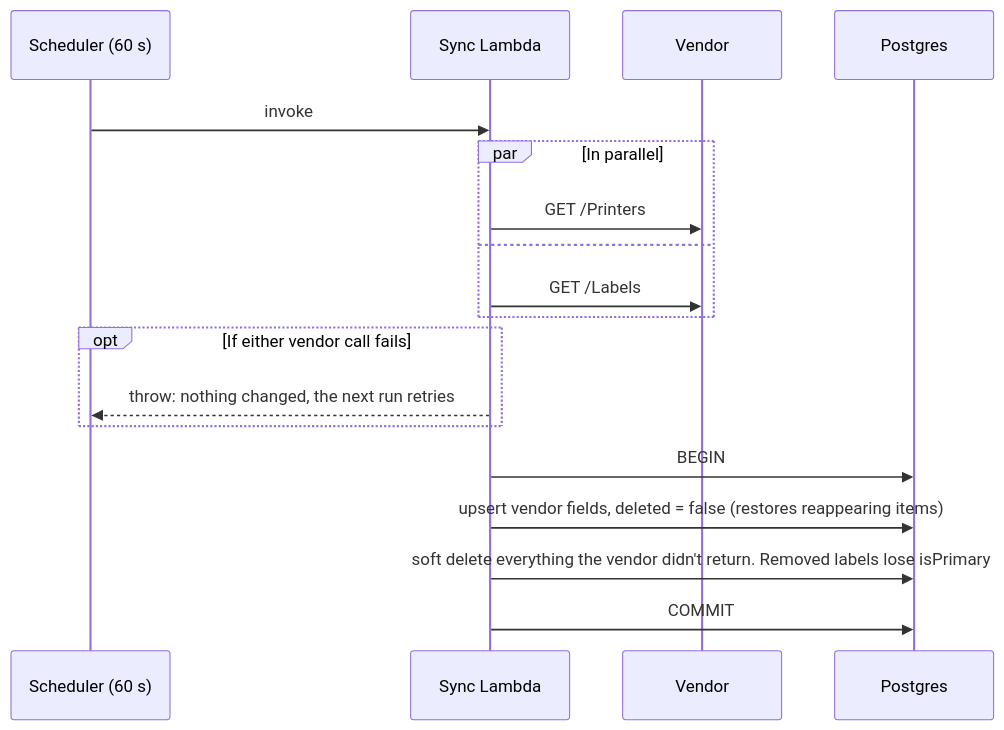
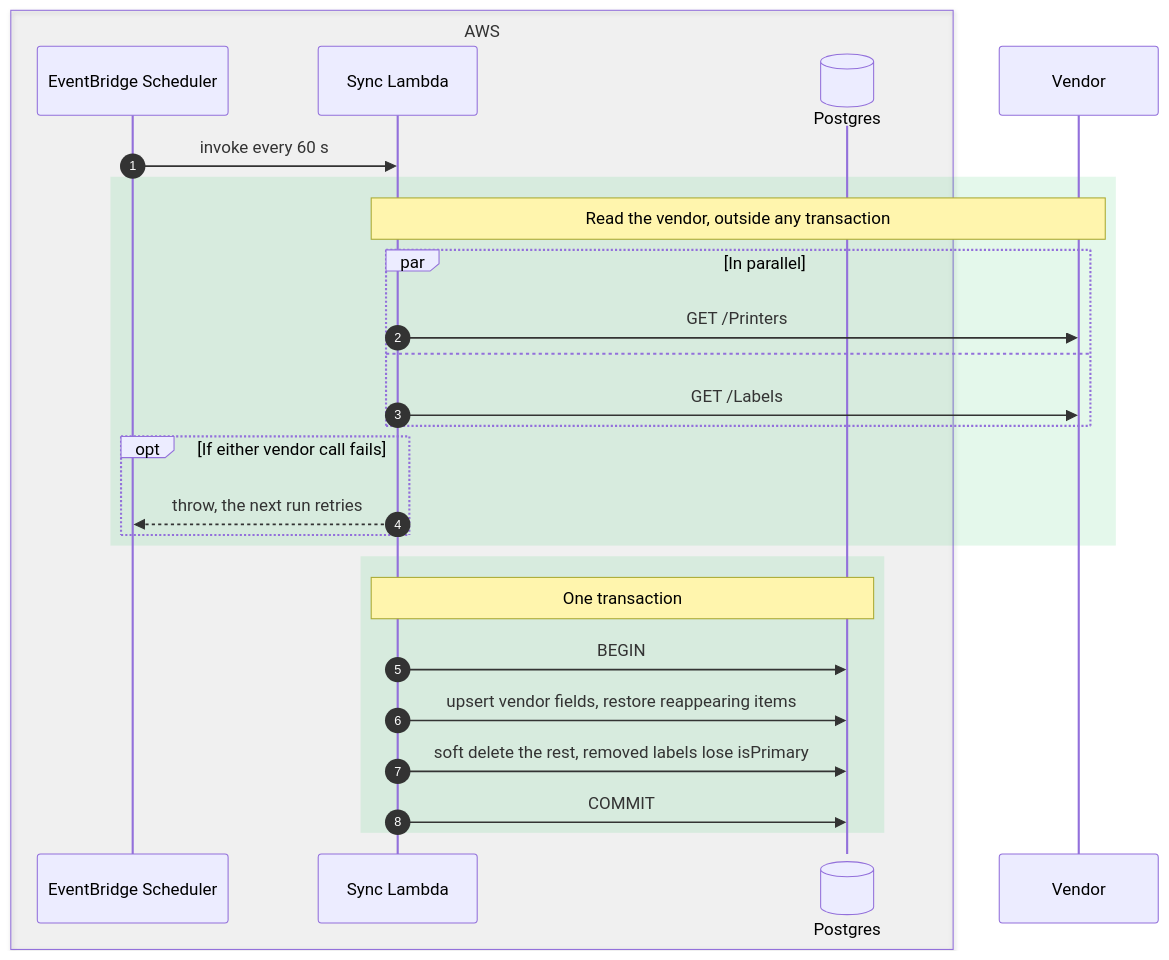
One commit to baekdahl/print-manager changed the third of 4 diagrams in docs/design.md. Above: the diagram before and after it, drawn with Mermaid. The commit also changed other lines of this file, not shown here.

Commit message:
Polish the consistency sequence diagrams: AWS box, phases, numbered steps

````diff
--- a/docs/design.md
+++ b/docs/design.md
@@ -202,21 +202,32 @@
 ```mermaid
 sequenceDiagram
-  participant S as Scheduler (60 s)
-  participant L as Sync Lambda
+  autonumber
+  box rgba(127,127,127,0.08) AWS
+    participant S as EventBridge Scheduler
+    participant L as Sync Lambda
+    participant DB@{ "type": "database" } as Postgres
+  end
   participant V as Vendor
-  participant DB as Postgres
 
-  S->>L: invoke
-  par In parallel
-    L->>V: GET /Printers
-  and
-    L->>V: GET /Labels
+  S->>L: invoke every 60 s
+
+  rect rgba(34,197,94,0.12)
+    Note over L,V: Read the vendor, outside any transaction
+    par In parallel
+      L->>V: GET /Printers
+    and
+      L->>V: GET /Labels
+    end
+    opt If either vendor call fails
+      L-->>S: throw, the next run retries
+    end
   end
-  opt If either vendor call fails
-    L-->>S: throw: nothing changed, the next run retries
+
+  rect rgba(34,197,94,0.12)
+    Note over L,DB: One transaction
+    L->>DB: BEGIN
+    L->>DB: upsert vendor fields, restore reappearing items
+    L->>DB: soft delete the rest, removed labels lose isPrimary
+    L->>DB: COMMIT
   end
-  L->>DB: BEGIN
-  L->>DB: upsert vendor fields, deleted = false (restores reappearing items)
-  L->>DB: soft delete everything the vendor didn't return. Removed labels lose isPrimary
-  L->>DB: COMMIT
 ```
````
